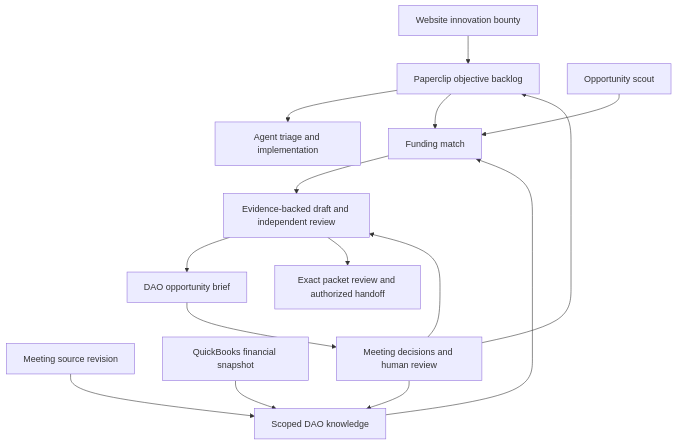
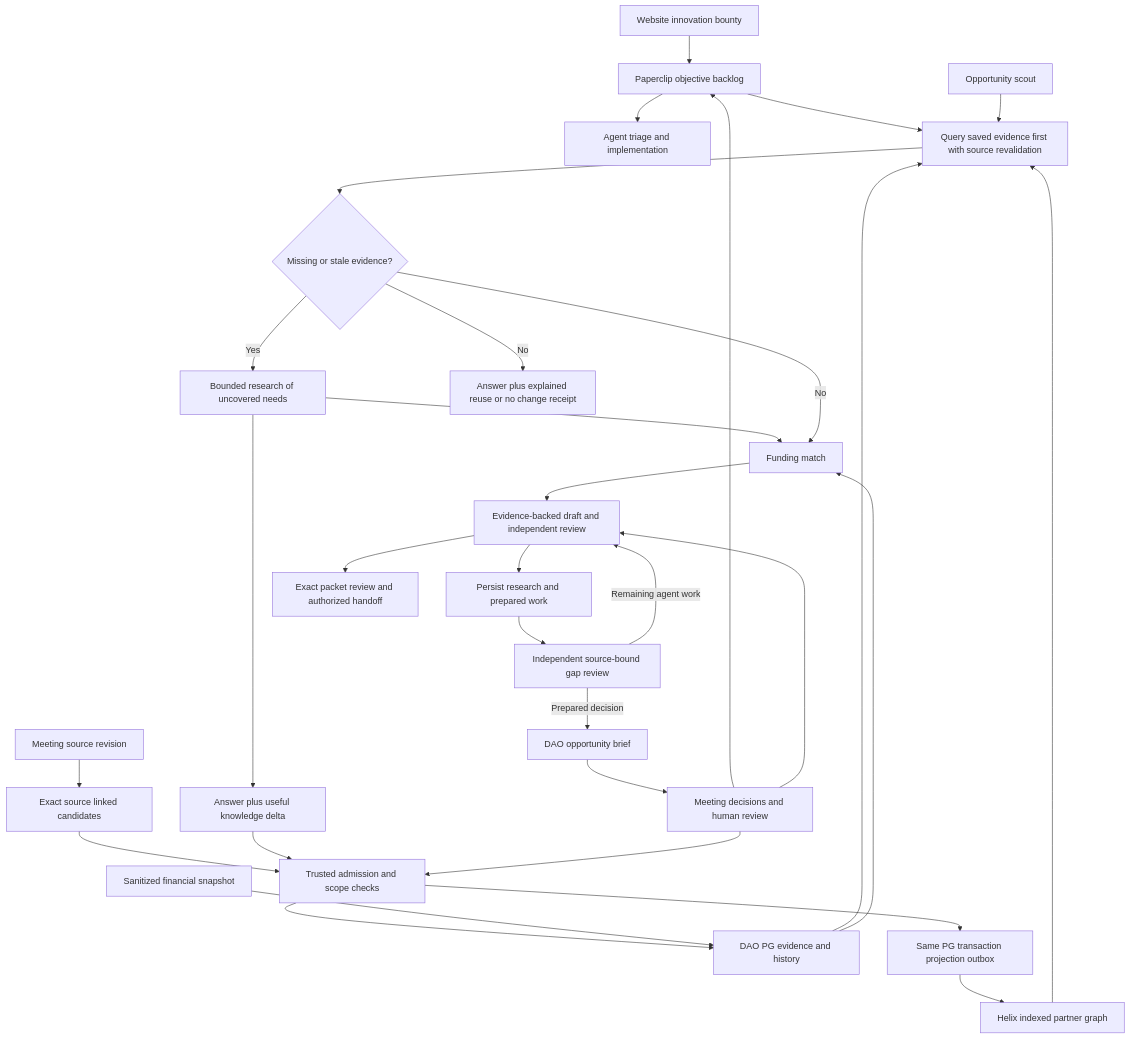
One commit to NetRxn/Inertia changed the diagram in docs/development/funding-enhancement/spec.md. Above: the diagram before and after it, drawn with Mermaid. The commit also changed other lines of this file and 34 other files, not shown here.

Commit message:
docs: synchronize partner knowledge architecture and funding plan

````diff
--- a/docs/development/funding-enhancement/spec.md
+++ b/docs/development/funding-enhancement/spec.md
@@ -27,17 +27,34 @@
 ```mermaid
 flowchart TD
   W[Website innovation bounty] --> P[Paperclip objective backlog]
-  M[Meeting source revision] --> K[Scoped DAO knowledge]
-  Q[QuickBooks financial snapshot] --> K
+  M[Meeting source revision] --> E[Exact source linked candidates]
+  E --> T[Trusted admission and scope checks]
+  T --> K[DAO PG evidence and history]
+  Q[Sanitized financial snapshot] --> K
   P --> A[Agent triage and implementation]
-  P --> F[Funding match]
-  S[Opportunity scout] --> F
+  P --> L
+  F[Funding match]
+  S[Opportunity scout] --> L[Query saved evidence first with source revalidation]
+  K --> L
+  X[Helix indexed partner graph] --> L
+  L --> N{Missing or stale evidence?}
+  N -->|Yes| J[Bounded research of uncovered needs]
+  J --> F
+  J --> U[Answer plus useful knowledge delta]
+  N -->|No| F
+  N -->|No| Z[Answer plus explained reuse or no change receipt]
+  U --> T
+  T --> O[Same PG transaction projection outbox]
+  O --> X
   K --> F
   F --> D[Evidence-backed draft and independent review]
-  D --> B[DAO opportunity brief]
+  D --> G[Persist research and prepared work]
+  G --> V[Independent source-bound gap review]
+  V -->|Remaining agent work| D
+  V -->|Prepared decision| B[DAO opportunity brief]
   B --> R[Meeting decisions and human review]
-  R --> K
+  R --> T
   R --> P
   R --> D
   D --> H[Exact packet review and authorized handoff]
 ```
````
